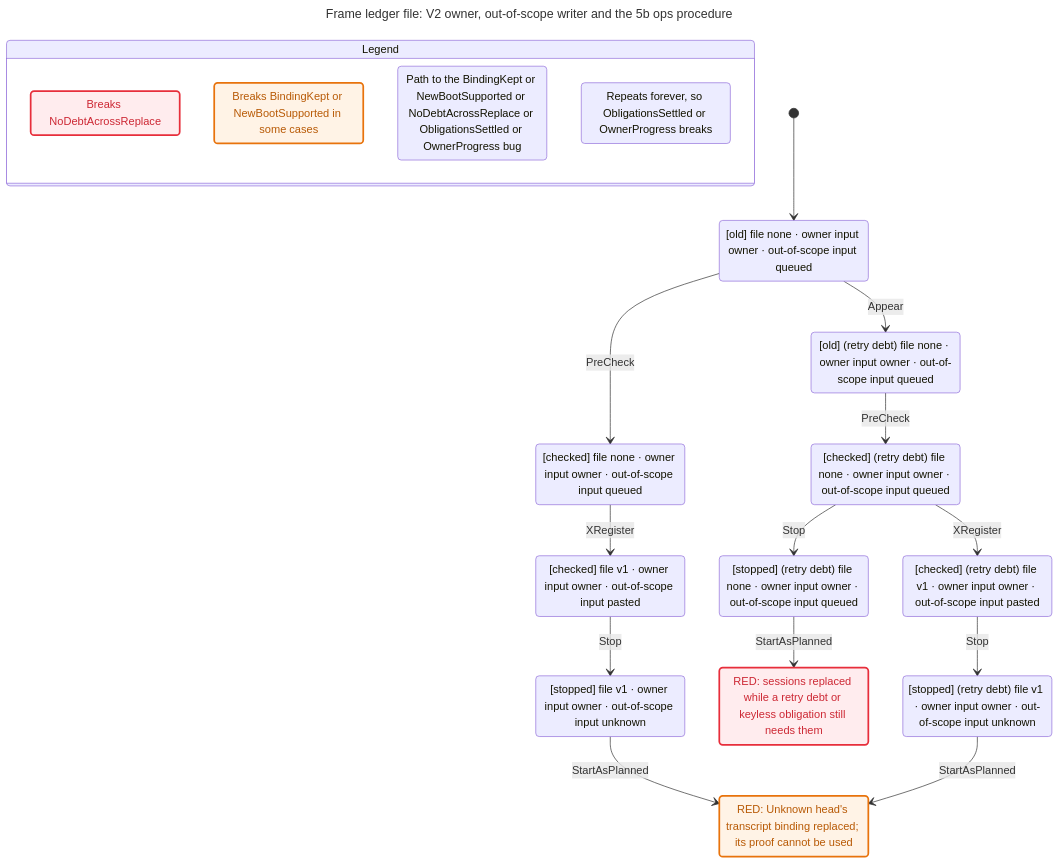
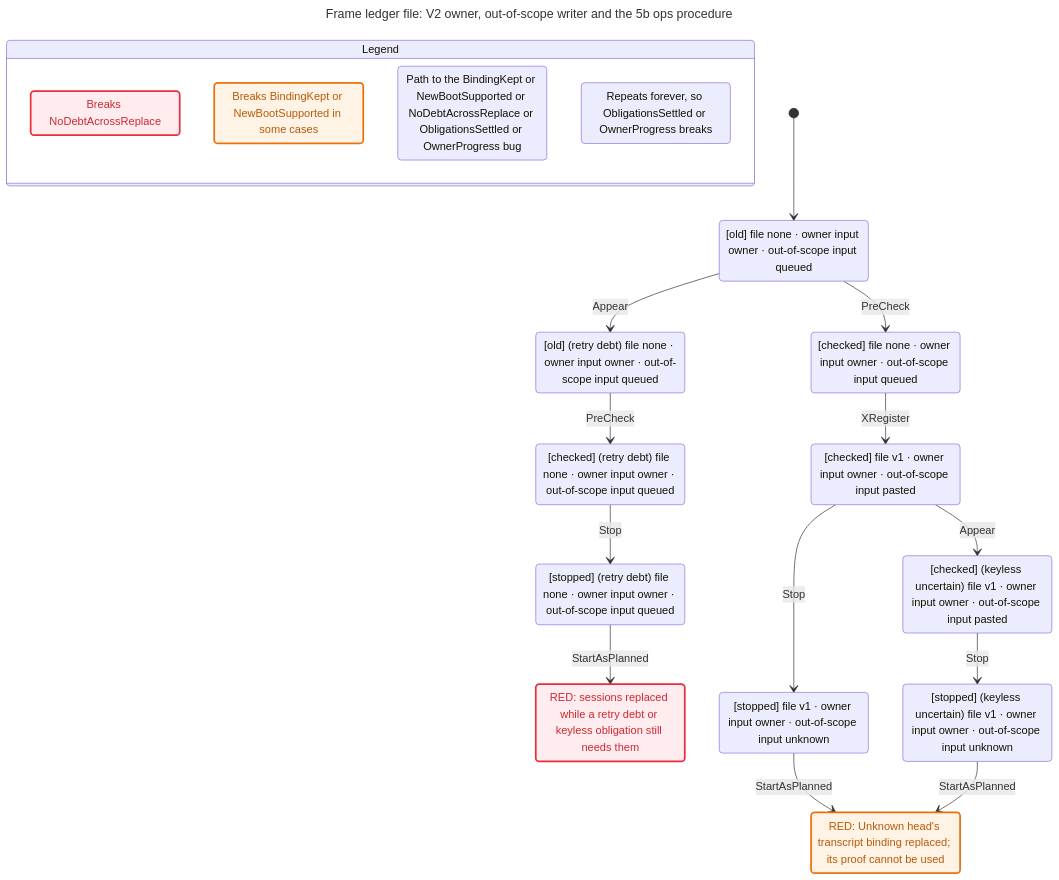
One commit to itismyfield/AgentDesk changed the diagram in docs/statecharts/input-single-path/ledger-format-deploy-precheck.chart.mmd. Above: the diagram before and after it, drawn with Mermaid. The commit also changed 16 other files, not shown here.

```diff
--- a/docs/statecharts/input-single-path/ledger-format-deploy-precheck.chart.mmd
+++ b/docs/statecharts/input-single-path/ledger-format-deploy-precheck.chart.mmd
@@ -1,53 +1,53 @@
 ---
 title: "Frame ledger file: V2 owner, out-of-scope writer and the 5b ops procedure"
 ---
 stateDiagram-v2
   state "Legend" as legend {
     lg0: Breaks NoDebtAcrossReplace
     lg1: Breaks BindingKept or NewBootSupported in some cases
     lg2: Path to the BindingKept or NewBootSupported or NoDebtAcrossReplace or ObligationsSettled or OwnerProgress bug
     lg3: Repeats forever, so ObligationsSettled or OwnerProgress breaks
   }
   class lg0 breaks
   class lg1 mayBreak
   class lg2 bugPath
   class lg3 repeats
   s0: [old] file none #183; owner input owner #183; out-of-scope input queued
   s1: [old] (retry debt) file none #183; owner input owner #183; out-of-scope input queued
   s2: [checked] file none #183; owner input owner #183; out-of-scope input queued
   s3: [checked] (retry debt) file none #183; owner input owner #183; out-of-scope input queued
   s4: [checked] file v1 #183; owner input owner #183; out-of-scope input pasted
   s5: [stopped] (retry debt) file none #183; owner input owner #183; out-of-scope input queued
-  s6: [checked] (retry debt) file v1 #183; owner input owner #183; out-of-scope input pasted
-  s7: [stopped] file v1 #183; owner input owner #183; out-of-scope input unknown
+  s6: [stopped] file v1 #183; owner input owner #183; out-of-scope input unknown
+  s7: [checked] (keyless uncertain) file v1 #183; owner input owner #183; out-of-scope input pasted
   s8: RED: sessions replaced while a retry debt or keyless obligation still needs them
-  s9: [stopped] (retry debt) file v1 #183; owner input owner #183; out-of-scope input unknown
-  s10: RED: Unknown head's transcript binding replaced#59; its proof cannot be used
+  s9: RED: Unknown head's transcript binding replaced#59; its proof cannot be used
+  s10: [stopped] (keyless uncertain) file v1 #183; owner input owner #183; out-of-scope input unknown
   [*] --> s0
   s0 --> s1: Appear
   s0 --> s2: PreCheck
   s1 --> s3: PreCheck
   s2 --> s4: XRegister
   s3 --> s5: Stop
-  s3 --> s6: XRegister
-  s4 --> s7: Stop
+  s4 --> s6: Stop
+  s4 --> s7: Appear
   s5 --> s8: StartAsPlanned
-  s6 --> s9: Stop
-  s7 --> s10: StartAsPlanned
-  s9 --> s10: StartAsPlanned
+  s6 --> s9: StartAsPlanned
+  s7 --> s10: Stop
+  s10 --> s9: StartAsPlanned
   classDef breaks fill:#ffecee,stroke:#e72e3b,stroke-width:2.5px,color:#cd2834
   classDef mayBreak fill:#fff3e6,stroke:#e8730c,stroke-width:2.5px,color:#b85a06
   class s0 bugPath
   class s1 bugPath
   class s2 bugPath
   class s3 bugPath
   class s4 bugPath
   class s5 bugPath
   class s6 bugPath
   class s7 bugPath
   class s8 breaks
   class s8 bugPath
+  class s9 mayBreak
   class s9 bugPath
-  class s10 mayBreak
+  class s9 repeats
   class s10 bugPath
-  class s10 repeats
```
